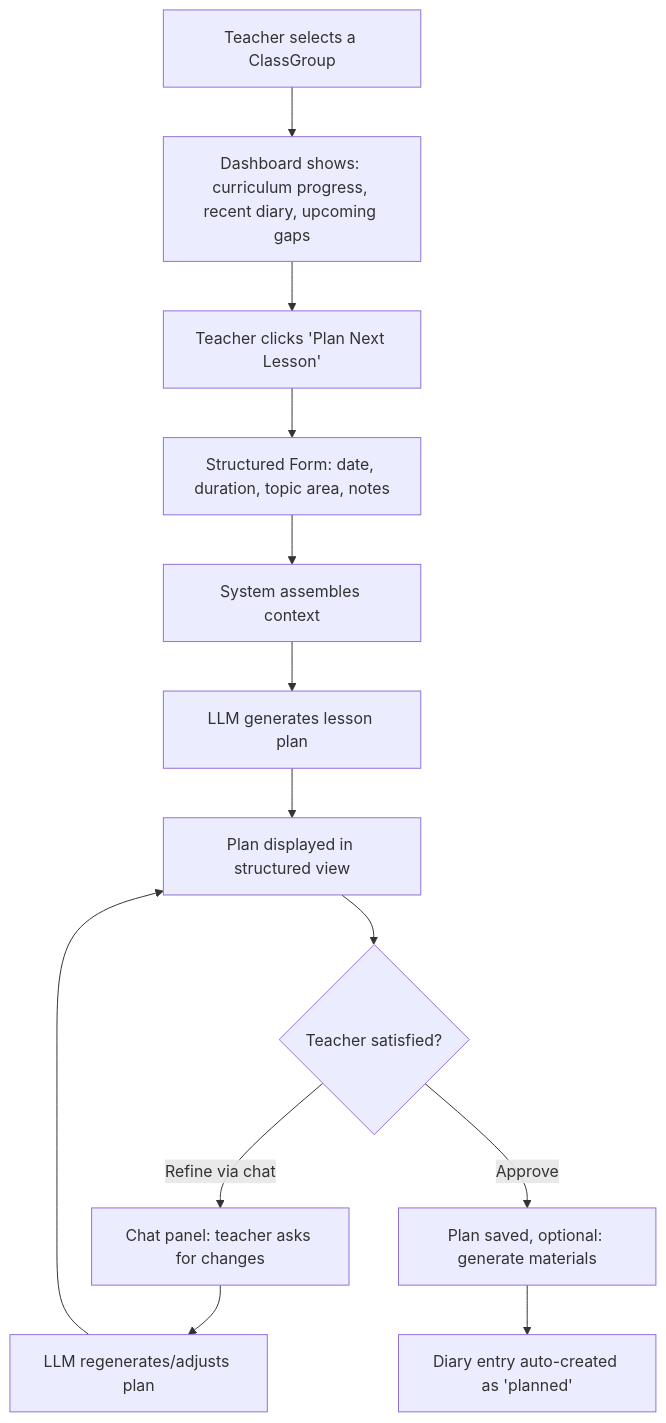
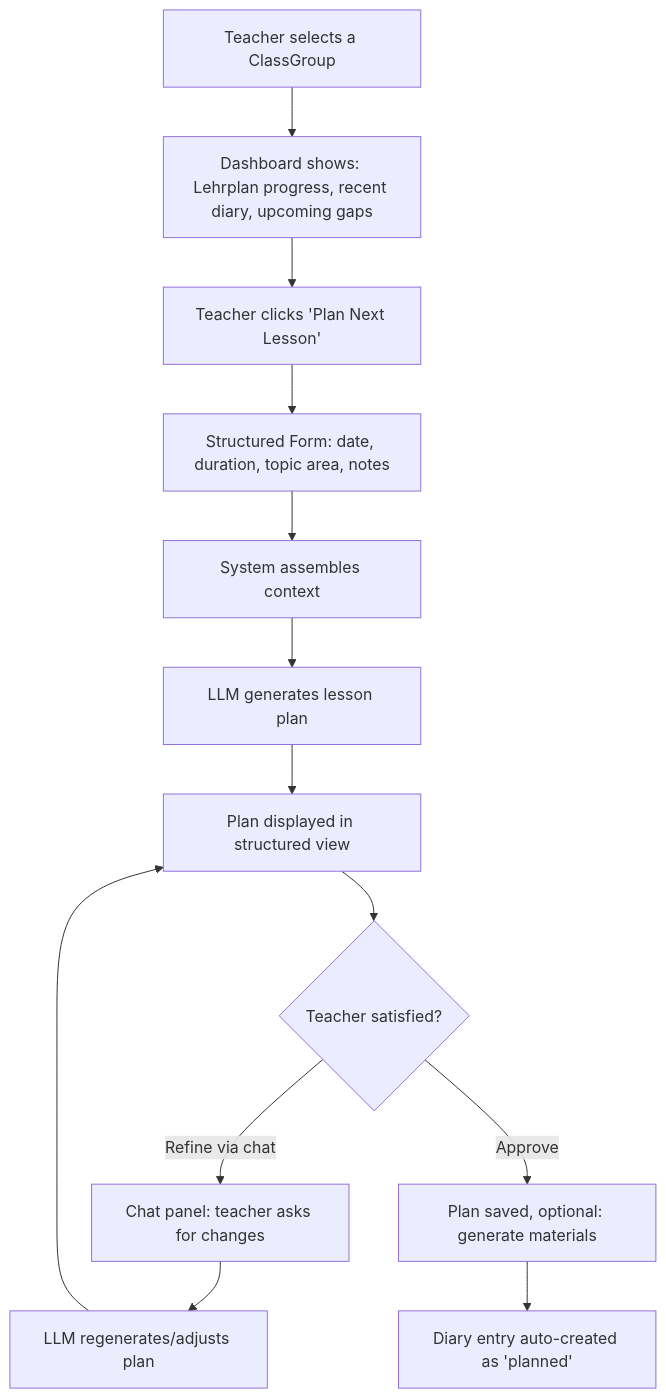
One commit to Code-Snap-UG/chalkdust changed the third of 10 diagrams in docs/features/lesson-planning.md. Above: the diagram before and after it, drawn with Mermaid. The commit also changed other lines of this file and 27 other files, not shown here.

````diff
--- a/docs/features/lesson-planning.md
+++ b/docs/features/lesson-planning.md
@@ -140,15 +140,15 @@
 ```mermaid
 flowchart TD
-    A[Teacher selects a ClassGroup] --> B[Dashboard shows: curriculum progress, recent diary, upcoming gaps]
+    A[Teacher selects a ClassGroup] --> B[Dashboard shows: Lehrplan progress, recent diary, upcoming gaps]
     B --> C[Teacher clicks 'Plan Next Lesson']
     C --> D[Structured Form: date, duration, topic area, notes]
     D --> E[System assembles context]
     E --> F[LLM generates lesson plan]
     F --> G[Plan displayed in structured view]
     G --> H{Teacher satisfied?}
     H -->|Refine via chat| I[Chat panel: teacher asks for changes]
     I --> J[LLM regenerates/adjusts plan]
     J --> G
     H -->|Approve| K[Plan saved, optional: generate materials]
     K --> L[Diary entry auto-created as 'planned']
 ```
````
